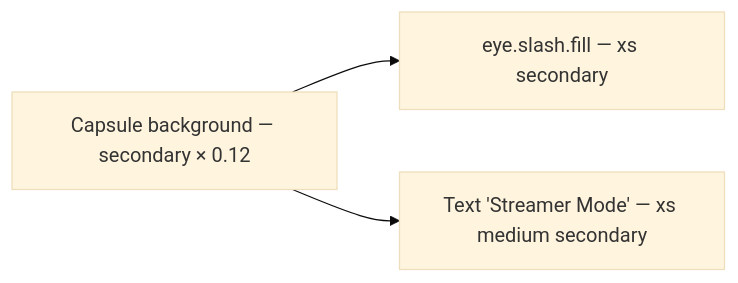
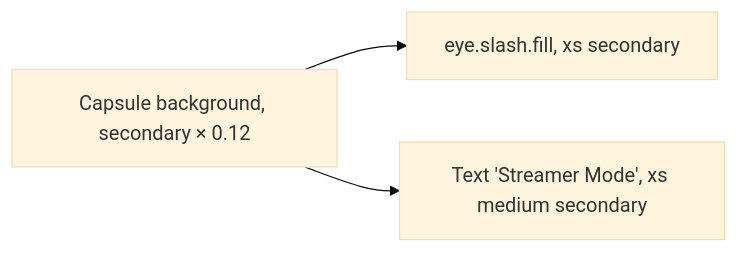
The diagram in design-system/components/streamer-mode-badge.md (MrDemonWolf/WolfWave), drawn with Mermaid (base theme) before and after one commit. The commit also changed other lines of this file and 152 other files, not shown here.

````diff
--- a/design-system/components/streamer-mode-badge.md
+++ b/design-system/components/streamer-mode-badge.md
@@ -24,5 +24,5 @@
 ```mermaid
 graph LR
-  Pill[Capsule background — secondary × 0.12] --> Icon[eye.slash.fill — xs secondary]
-  Pill --> Label[Text 'Streamer Mode' — xs medium secondary]
+  Pill[Capsule background, secondary × 0.12] --> Icon[eye.slash.fill, xs secondary]
+  Pill --> Label[Text 'Streamer Mode', xs medium secondary]
 ```
````
